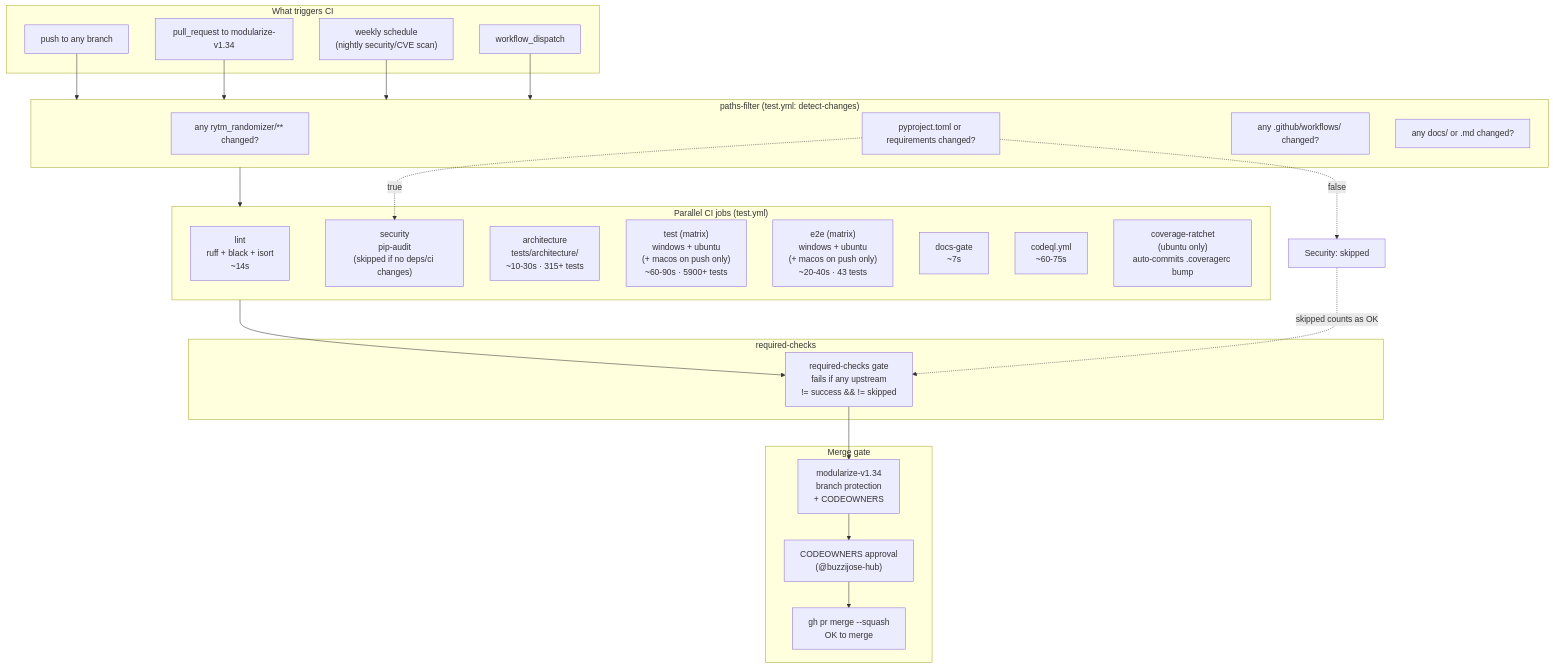
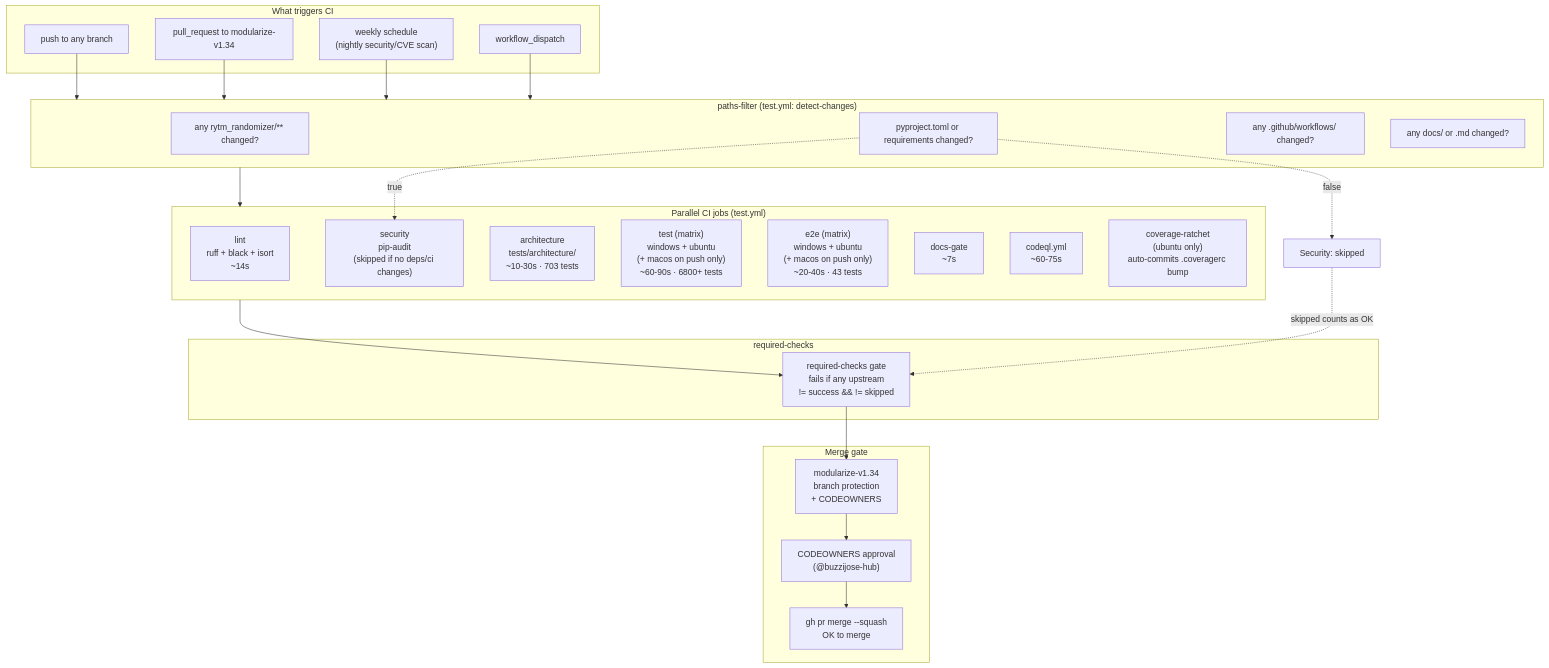
Diagram 11 of 34 in docs/ARCHITECTURE_DIAGRAMS.md (buzzijose-hub/RytmRandomizer), drawn with Mermaid before and after one commit. The commit also changed other lines of this file and 28 other files, not shown here.

````diff
--- a/docs/ARCHITECTURE_DIAGRAMS.md
+++ b/docs/ARCHITECTURE_DIAGRAMS.md
@@ -856,53 +856,53 @@
 ```mermaid
 flowchart TB
     subgraph Trigger["What triggers CI"]
         Push["push to any branch"]
         PR["pull_request to modularize-v1.34"]
         Schedule["weekly schedule<br/>(nightly security/CVE scan)"]
         Manual["workflow_dispatch"]
     end
 
     subgraph PathFilter["paths-filter (test.yml: detect-changes)"]
         DetectCode["any rytm_randomizer/** changed?"]
         DetectDeps["pyproject.toml or requirements changed?"]
         DetectCI["any .github/workflows/ changed?"]
         DetectDocs["any docs/ or .md changed?"]
     end
 
     subgraph Jobs["Parallel CI jobs (test.yml)"]
         Lint["lint<br/>ruff + black + isort<br/>~14s"]
         Security["security<br/>pip-audit<br/>(skipped if no deps/ci changes)"]
-        Architecture["architecture<br/>tests/architecture/<br/>~10-30s · 315+ tests"]
-        TestMatrix["test (matrix)<br/>windows + ubuntu<br/>(+ macos on push only)<br/>~60-90s · 5900+ tests"]
+        Architecture["architecture<br/>tests/architecture/<br/>~10-30s · 703 tests"]
+        TestMatrix["test (matrix)<br/>windows + ubuntu<br/>(+ macos on push only)<br/>~60-90s · 6800+ tests"]
         E2EMatrix["e2e (matrix)<br/>windows + ubuntu<br/>(+ macos on push only)<br/>~20-40s · 43 tests"]
         DocsGate["docs-gate<br/>~7s"]
         CodeQL["codeql.yml<br/>~60-75s"]
         CoverageRatchet["coverage-ratchet<br/>(ubuntu only)<br/>auto-commits .coveragerc bump"]
     end
 
     subgraph Aggregator["required-checks"]
         Gate["required-checks gate<br/>fails if any upstream<br/>!= success && != skipped"]
     end
 
     subgraph MergeGate["Merge gate"]
         BranchProtection["modularize-v1.34<br/>branch protection<br/>+ CODEOWNERS"]
         Approval["CODEOWNERS approval<br/>(@buzzijose-hub)"]
         Merge["gh pr merge --squash<br/>OK to merge"]
     end
 
     Push --> PathFilter
     PR --> PathFilter
     Schedule --> PathFilter
     Manual --> PathFilter
 
     PathFilter --> Jobs
 
     Jobs --> Gate
     Gate --> BranchProtection
     BranchProtection --> Approval
     Approval --> Merge
 
     DetectDeps -.->|"true"| Security
     DetectDeps -.->|"false"| Skip1["Security: skipped"]
     Skip1 -.->|"skipped counts as OK"| Gate
 ```
````
